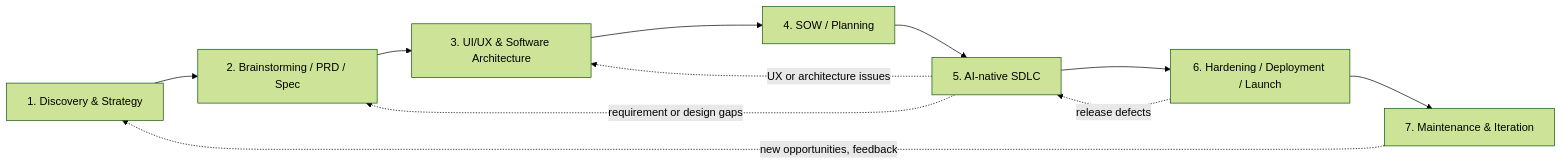
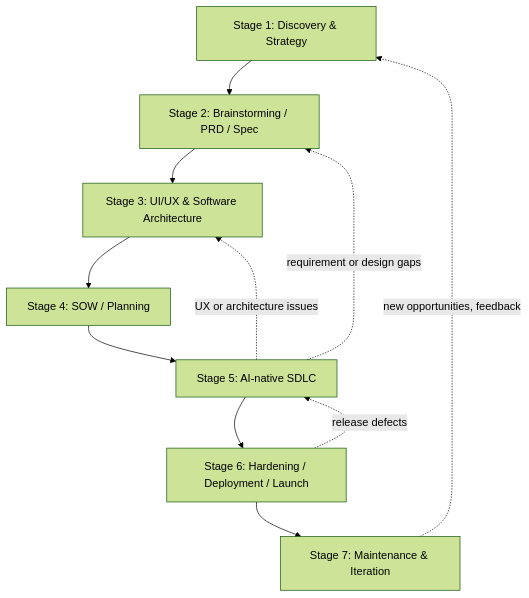
Before and after one commit to huynguyennang-agilityio/tripmate-docs: the first of 3 diagrams in product-workflow.md, drawn with Mermaid (forest theme). The commit also changed other lines of this file and 6 other files, not shown here.

First line of the commit message:
Add README; readability pass with diagrams (PRD v1.8, roadmap v1.8, vision v1.5, glossary v1.5, workflow v2.2)

````diff
--- a/product-workflow.md
+++ b/product-workflow.md
@@ -25,14 +25,14 @@
 ```mermaid
-flowchart LR
-    S1[1. Discovery & Strategy] --> S2[2. Brainstorming / PRD / Spec]
-    S2 --> S3[3. UI/UX & Software Architecture]
-    S3 --> S4[4. SOW / Planning]
-    S4 --> S5[5. AI-native SDLC]
-    S5 --> S6[6. Hardening / Deployment / Launch]
-    S6 --> S7[7. Maintenance & Iteration]
+flowchart TD
+    S1["Stage 1: Discovery & Strategy"] --> S2["Stage 2: Brainstorming / PRD / Spec"]
+    S2 --> S3["Stage 3: UI/UX & Software Architecture"]
+    S3 --> S4["Stage 4: SOW / Planning"]
+    S4 --> S5["Stage 5: AI-native SDLC"]
+    S5 --> S6["Stage 6: Hardening / Deployment / Launch"]
+    S6 --> S7["Stage 7: Maintenance & Iteration"]
 
     S7 -. new opportunities, feedback .-> S1
     S5 -. requirement or design gaps .-> S2
     S5 -. UX or architecture issues .-> S3
     S6 -. release defects .-> S5
 ```
````
